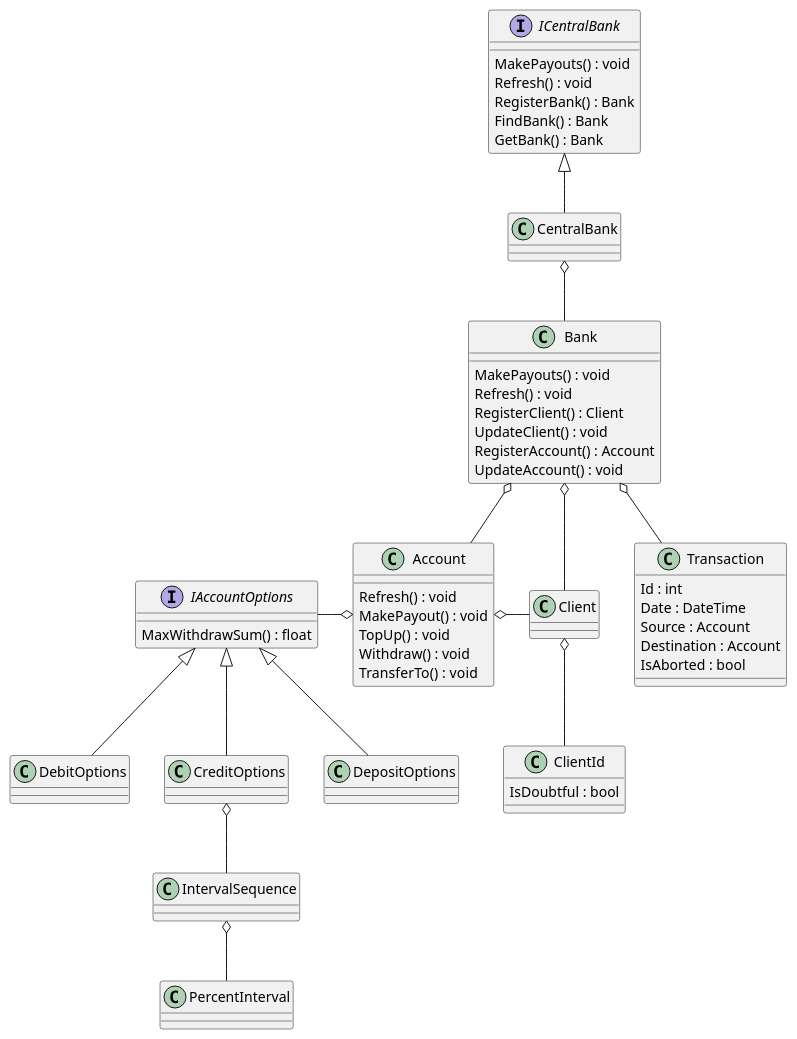
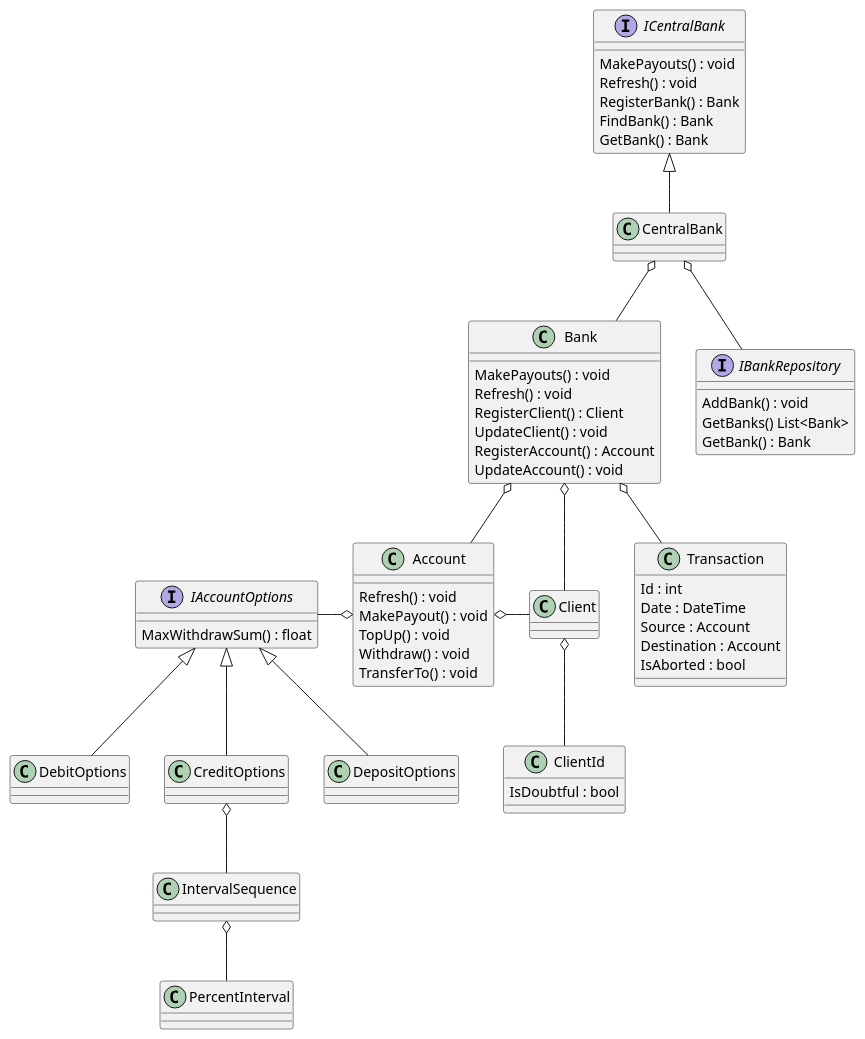
The diagram in Banks.BusinessLogic/BusinessLogic.puml (is-oop-y24/OOP-Labs), drawn with PlantUML before and after one commit. The commit also changed 3 other files, not shown here.

Commit message:
feat: implemented DbBankRepository

```diff
--- a/Banks.BusinessLogic/BusinessLogic.puml
+++ b/Banks.BusinessLogic/BusinessLogic.puml
@@ -1,58 +1,65 @@
 @startuml
 interface IAccountOptions {
- MaxWithdrawSum() : float
+    MaxWithdrawSum() : float
 }
 
 interface ICentralBank {
- MakePayouts() : void
- Refresh() : void
- RegisterBank() : Bank
- FindBank() : Bank
- GetBank() : Bank
+    MakePayouts() : void
+    Refresh() : void
+    RegisterBank() : Bank
+    FindBank() : Bank
+    GetBank() : Bank
 }
 
 class Bank {
- MakePayouts() : void
- Refresh() : void
- RegisterClient() : Client
- UpdateClient() : void
- RegisterAccount() : Account
- UpdateAccount() : void
+    MakePayouts() : void
+    Refresh() : void
+    RegisterClient() : Client
+    UpdateClient() : void
+    RegisterAccount() : Account
+    UpdateAccount() : void
 }
 
 class Account {
- Refresh() : void
- MakePayout() : void
- TopUp() : void
- Withdraw() : void
- TransferTo() : void
+    Refresh() : void
+    MakePayout() : void
+    TopUp() : void
+    Withdraw() : void
+    TransferTo() : void
 }
 
 class ClientId {
- IsDoubtful : bool
+    IsDoubtful : bool
 }
 
 class Transaction {
- Id : int
- Date : DateTime
- Source : Account
- Destination : Account
- IsAborted : bool
+    Id : int
+    Date : DateTime
+    Source : Account
+    Destination : Account
+    IsAborted : bool
+}
+
+interface IBankRepository {
+    AddBank() : void
+    GetBanks() List<Bank>
+    GetBank() : Bank
 }
 
 IAccountOptions <|-- DebitOptions
 IAccountOptions <|-- CreditOptions
 IAccountOptions <|-- DepositOptions
 
 IntervalSequence o-- PercentInterval
 CreditOptions o-- IntervalSequence
 
 ICentralBank <|-- CentralBank
 CentralBank o-- Bank
+CentralBank o-- IBankRepository
 Bank o-- Client
 Bank o-- Account
 Bank o-- Transaction
 Account o-l- IAccountOptions
 Account o-r- Client
 Client o-- ClientId
 @enduml
```
